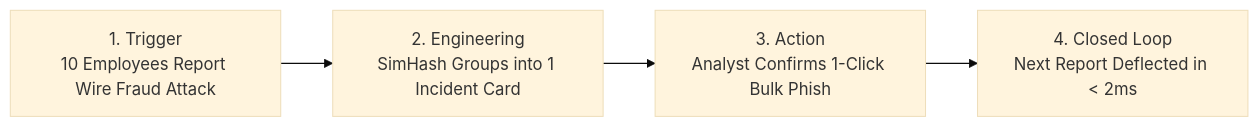
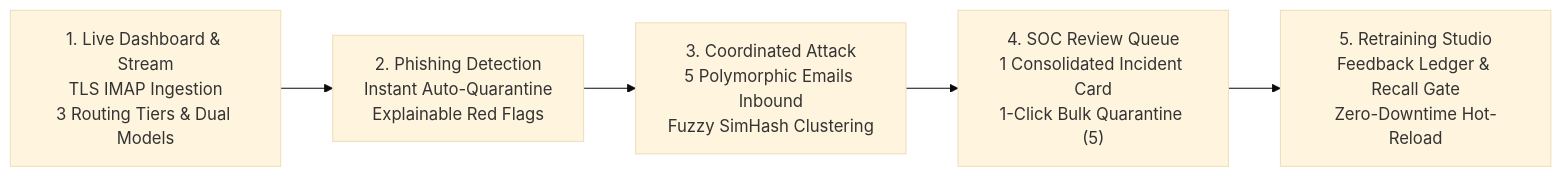
The diagram in docs/presentation/ppt-content-guide.md (atkaridarshan04/intelligent-email-triage), drawn with Mermaid (base theme) before and after one commit. The commit also changed other lines of this file and 14 other files, not shown here.

````diff
--- a/docs/presentation/ppt-content-guide.md
+++ b/docs/presentation/ppt-content-guide.md
@@ -88,6 +154,7 @@
 ```mermaid
 flowchart LR
-    A["1. Trigger<br/>10 Employees Report Wire Fraud Attack"] --> B["2. Engineering<br/>SimHash Groups into 1 Incident Card"]
-    B --> C["3. Action<br/>Analyst Confirms 1-Click Bulk Phish"]
-    C --> D["4. Closed Loop<br/>Next Report Deflected in < 2ms"]
+    A["1. Live Dashboard & Stream<br/>TLS IMAP Ingestion<br/>3 Routing Tiers & Dual Models"] --> B["2. Phishing Detection<br/>Instant Auto-Quarantine<br/>Explainable Red Flags"]
+    B --> C["3. Coordinated Attack<br/>5 Polymorphic Emails Inbound<br/>Fuzzy SimHash Clustering"]
+    C --> D["4. SOC Review Queue<br/>1 Consolidated Incident Card<br/>1-Click Bulk Quarantine (5)"]
+    D --> E["5. Retraining Studio<br/>Feedback Ledger & Recall Gate<br/>Zero-Downtime Hot-Reload"]
 ```
````
